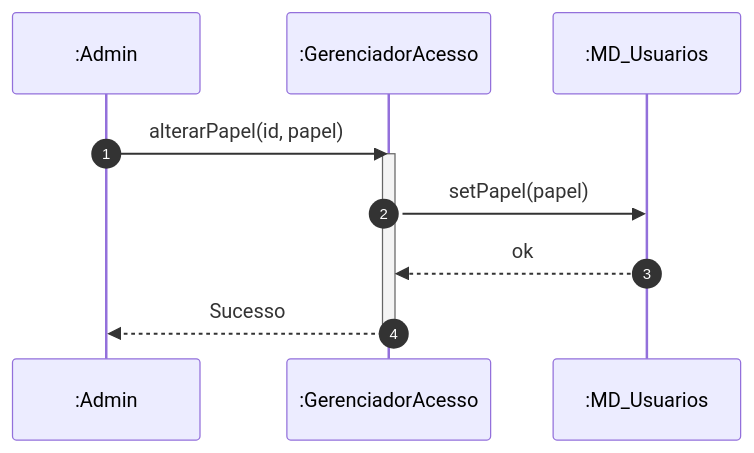
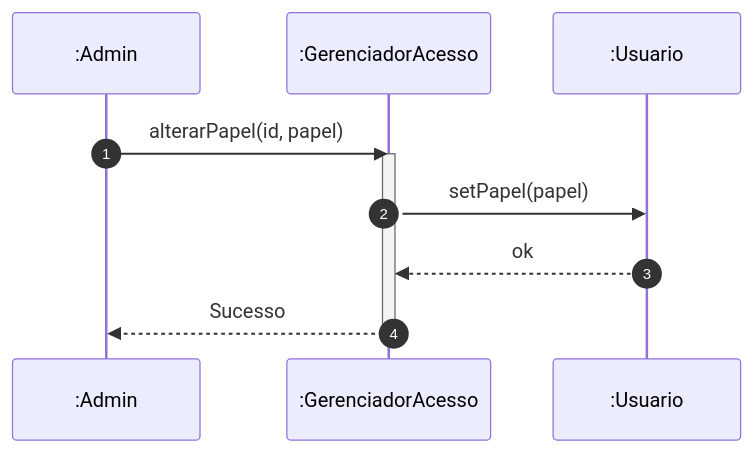
Before and after one commit to MayconDIS/PIM_III-Documentacao_UML: the second of 2 diagrams in PIM_III/02_Modelagem_UML_Astah/UC04_Gerenciar_Perfis_Acessos/README.md, drawn with Mermaid. The commit also changed other lines of this file and 86 other files, not shown here.

Commit message:
docs(uml): add comprehensive UML diagrams and tutorials for all 15 use cases

````diff
--- a/PIM_III/02_Modelagem_UML_Astah/UC04_Gerenciar_Perfis_Acessos/README.md
+++ b/PIM_III/02_Modelagem_UML_Astah/UC04_Gerenciar_Perfis_Acessos/README.md
@@ -54,13 +54,13 @@
 ```mermaid
 sequenceDiagram
     autonumber
     participant A as :Admin
     participant M as :GerenciadorAcesso
-    participant U as :MD_Usuarios
+    participant U as :Usuario
     A->>M: alterarPapel(id, papel)
     activate M
     M->>U: setPapel(papel)
     U-->>M: ok
     M-->>A: Sucesso
     deactivate M
 ```
````
